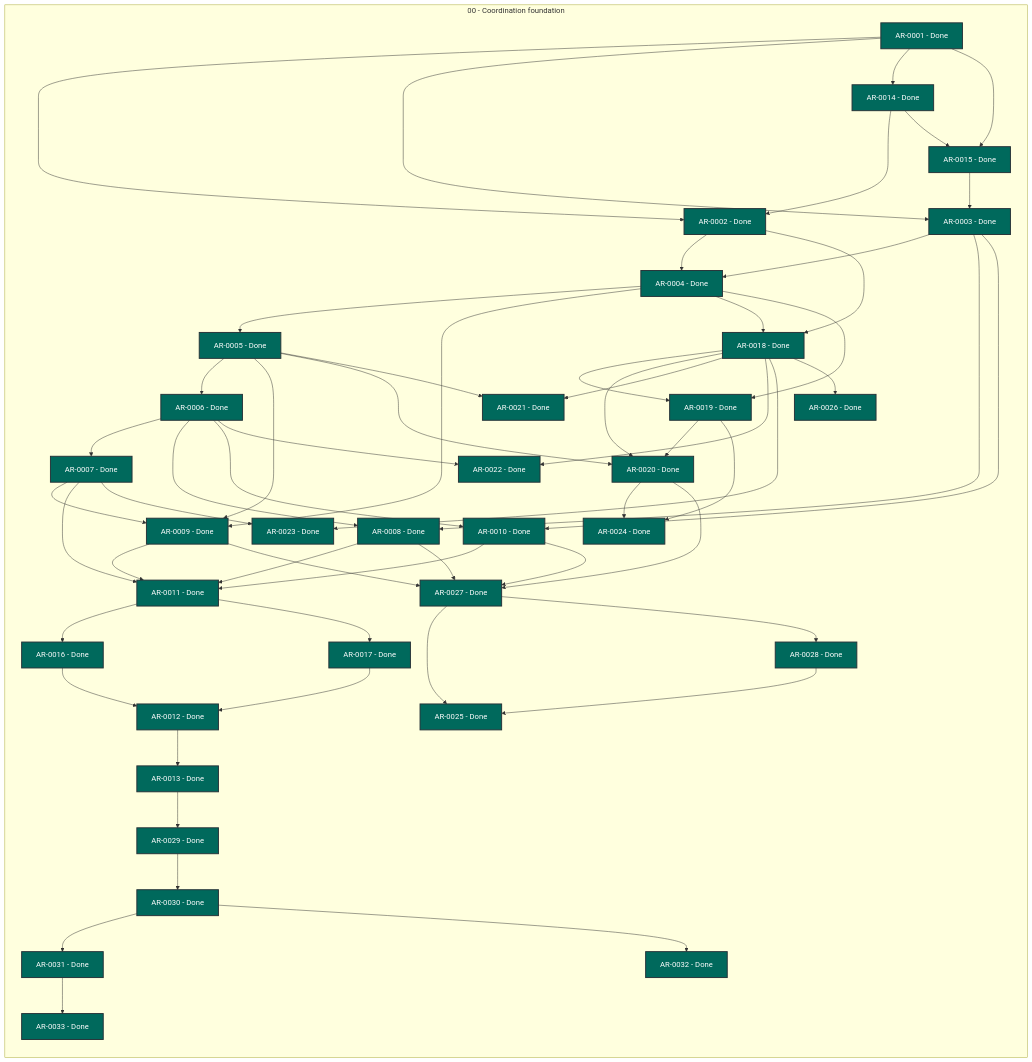
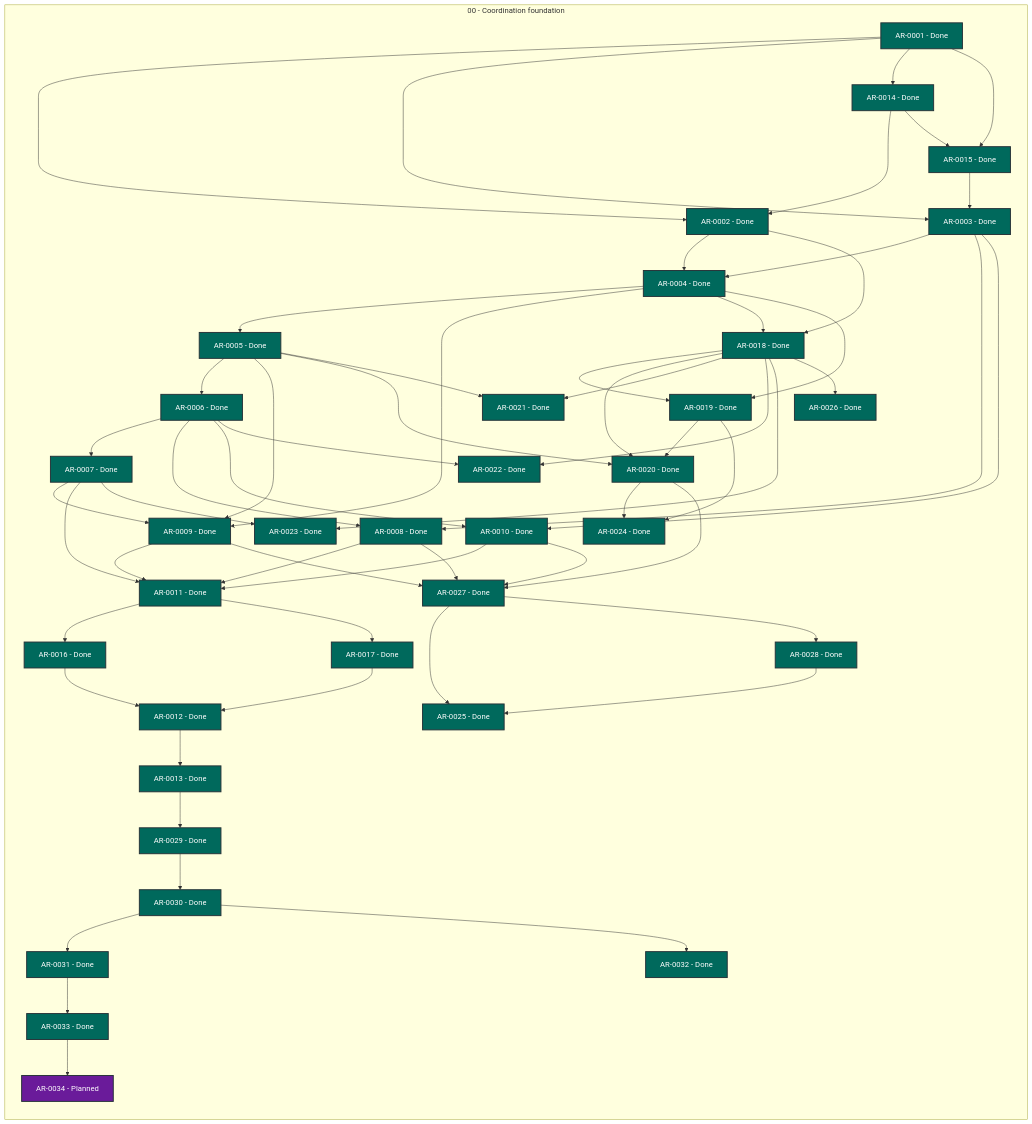
One commit to martin-beck/agent-workflow-tui-state changed the diagram in STATUS.md. Above: the diagram before and after it, drawn with Mermaid. The commit also changed other lines of this file and 2 other files, not shown here.

```diff
--- a/STATUS.md
+++ b/STATUS.md
@@ -61,6 +61,7 @@
         AR_0031["AR-0031 - Done"]:::status_done
         AR_0032["AR-0032 - Done"]:::status_done
         AR_0033["AR-0033 - Done"]:::status_done
+        AR_0034["AR-0034 - Planned"]:::status_planned
     end
     AR_0001 --> AR_0002
     AR_0001 --> AR_0003
@@ -118,6 +119,7 @@
     AR_0030 --> AR_0031
     AR_0030 --> AR_0032
     AR_0031 --> AR_0033
+    AR_0033 --> AR_0034
     classDef status_in_progress fill:#1565c0,color:#ffffff,stroke:#263238,stroke-width:2px
     classDef status_open fill:#2e7d32,color:#ffffff,stroke:#263238,stroke-width:2px
     classDef status_blocked fill:#c62828,color:#ffffff,stroke:#263238,stroke-width:2px
```
